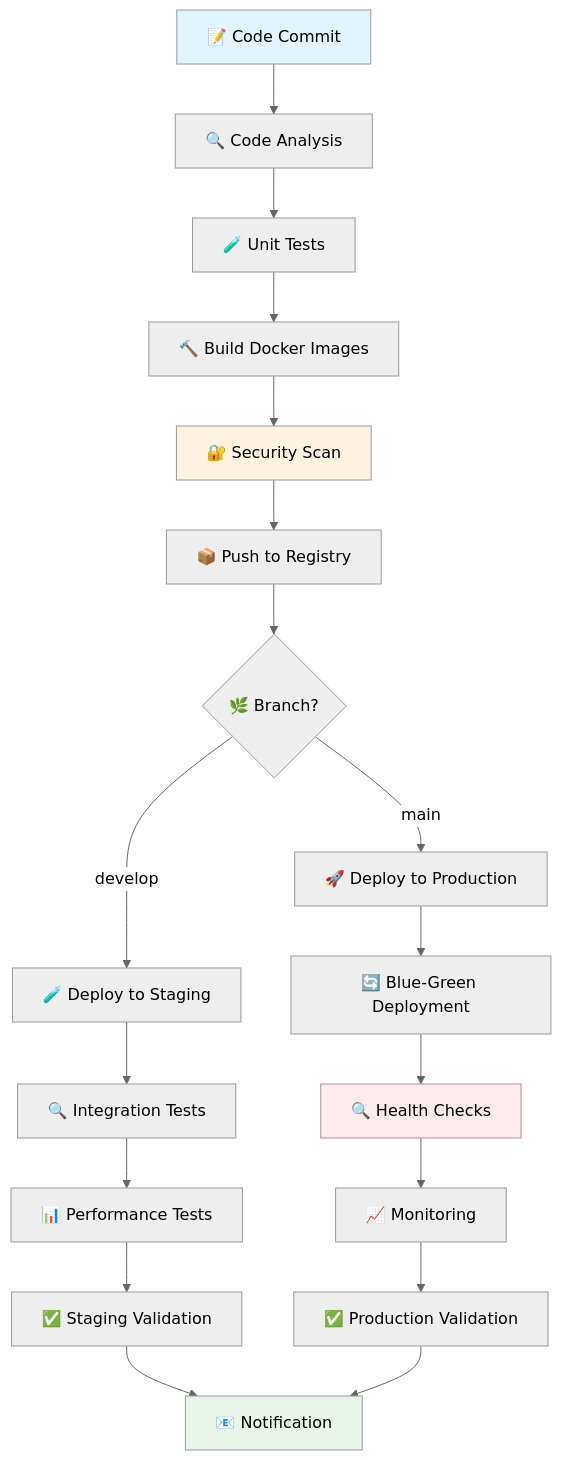
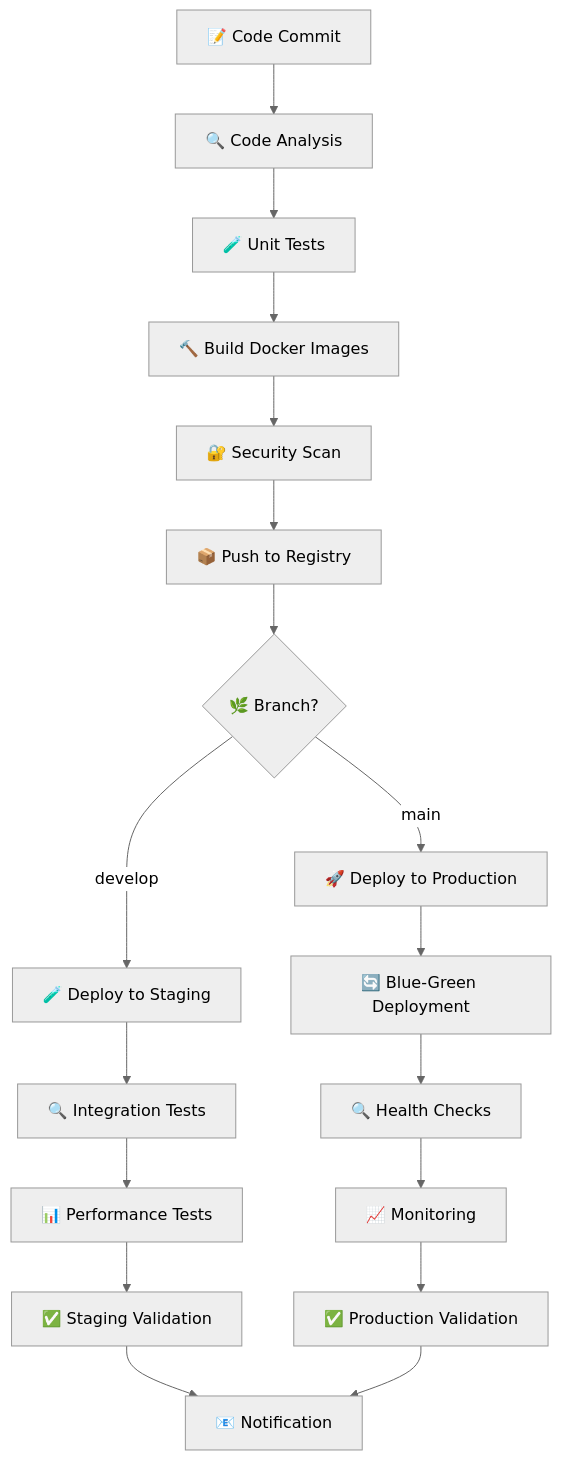
Before and after one commit to neKamita/Mirza-Telegram-Shop-Bot: the fourth of 10 diagrams in docs/DEPLOYMENT.md, drawn with Mermaid (neutral theme). The commit also changed other lines of this file and 2 other files, not shown here.

````diff
--- a/docs/DEPLOYMENT.md
+++ b/docs/DEPLOYMENT.md
@@ -140,29 +132,25 @@
 ```mermaid
 flowchart TD
     A[📝 Code Commit] --> B[🔍 Code Analysis]
     B --> C[🧪 Unit Tests]
     C --> D[🔨 Build Docker Images]
     D --> E[🔐 Security Scan]
     E --> F[📦 Push to Registry]
     
     F --> G{🌿 Branch?}
     G -->|develop| H[🧪 Deploy to Staging]
     G -->|main| I[🚀 Deploy to Production]
     
     H --> J[🔍 Integration Tests]
     J --> K[📊 Performance Tests]
     K --> L[✅ Staging Validation]
     
     I --> M[🔄 Blue-Green Deployment]
     M --> N[🔍 Health Checks]
     N --> O[📈 Monitoring]
     O --> P[✅ Production Validation]
     
     L --> Q[📧 Notification]
     P --> Q
     
-    style A fill:#e1f5fe
-    style Q fill:#e8f5e8
-    style E fill:#fff3e0
-    style N fill:#ffebee
 ```
````
